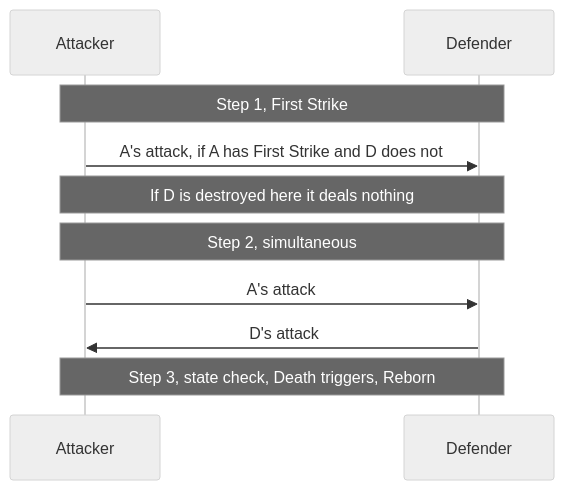
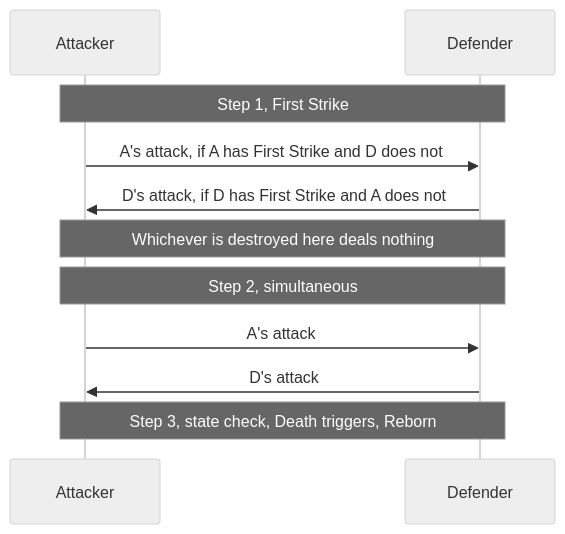
The second of 4 diagrams in SPEC.md (jgoetzmann/JackiOh), drawn with Mermaid (neutral theme) before and after one commit. The commit also changed other lines of this file and 1 other file, not shown here.

````diff
--- a/SPEC.md
+++ b/SPEC.md
@@ -142,12 +142,13 @@
 ```mermaid
 sequenceDiagram
   participant A as Attacker
   participant D as Defender
   Note over A,D: Step 1, First Strike
   A->>D: A's attack, if A has First Strike and D does not
-  Note over A,D: If D is destroyed here it deals nothing
+  D->>A: D's attack, if D has First Strike and A does not
+  Note over A,D: Whichever is destroyed here deals nothing
   Note over A,D: Step 2, simultaneous
   A->>D: A's attack
   D->>A: D's attack
   Note over A,D: Step 3, state check, Death triggers, Reborn
 ```
````
